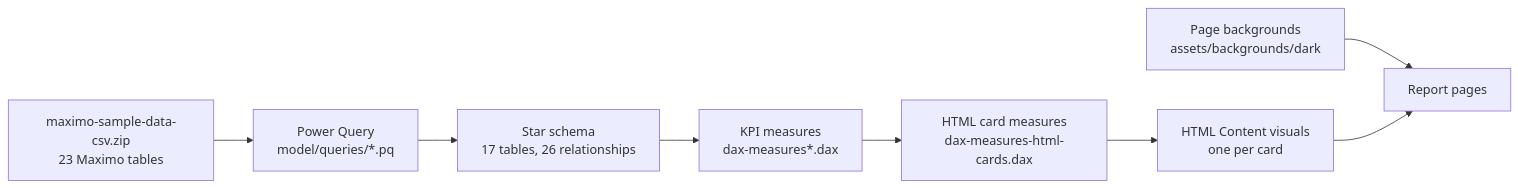
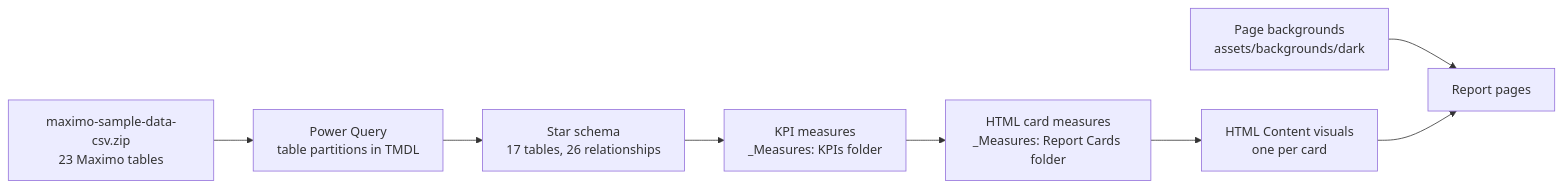
Before and after one commit to Phronesis2025/MaximoPowerBi: the first of 2 diagrams in README.md, drawn with Mermaid. The commit also changed other lines of this file and 63 other files, not shown here.

Commit message:
Slicers only where they filter something: year removed from Planning (every card is as-of or a fixed rolling window), both slicers removed from Information (static text) incl. its Sites label; old .dax/.pq/.m source copies deleted, README points to TMDL as the single source

````diff
--- a/README.md
+++ b/README.md
@@ -184,10 +187,10 @@
 ```mermaid
 flowchart LR
-    Z[maximo-sample-data-csv.zip<br/>23 Maximo tables] --> PQ[Power Query<br/>model/queries/*.pq]
+    Z[maximo-sample-data-csv.zip<br/>23 Maximo tables] --> PQ[Power Query<br/>table partitions in TMDL]
     PQ --> SM[Star schema<br/>17 tables, 26 relationships]
-    SM --> KM[KPI measures<br/>dax-measures*.dax]
-    KM --> HM[HTML card measures<br/>dax-measures-html-cards.dax]
+    SM --> KM[KPI measures<br/>_Measures: KPIs folder]
+    KM --> HM[HTML card measures<br/>_Measures: Report Cards folder]
     HM --> V[HTML Content visuals<br/>one per card]
     BG[Page backgrounds<br/>assets/backgrounds/dark] --> P[Report pages]
     V --> P
 ```
````
